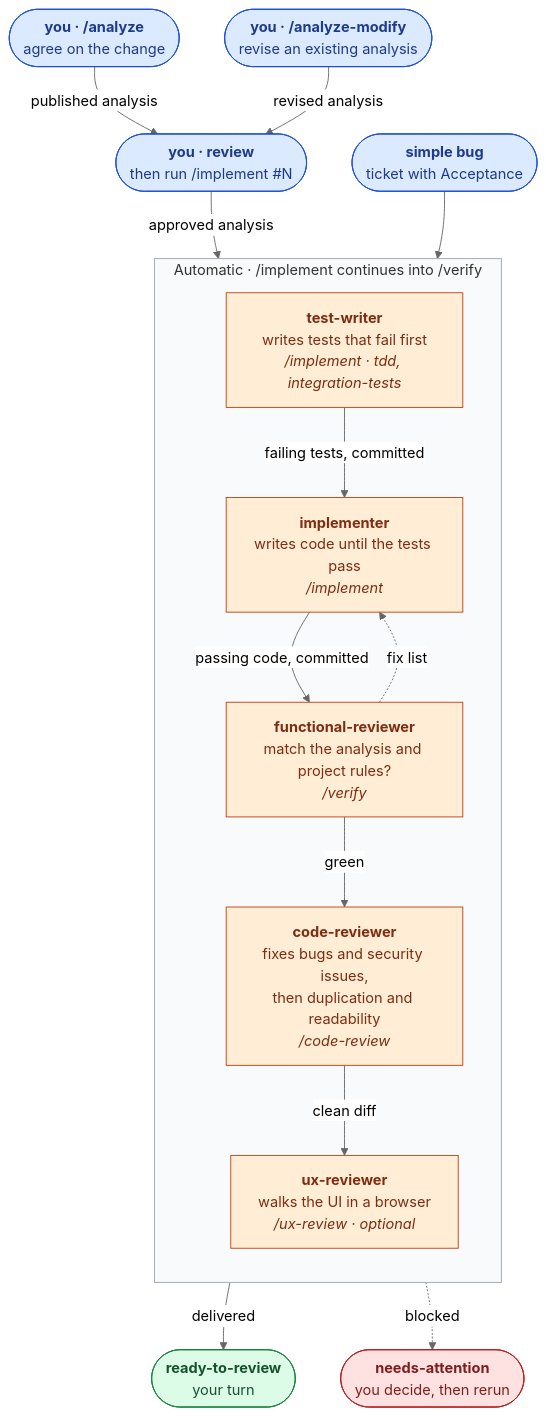
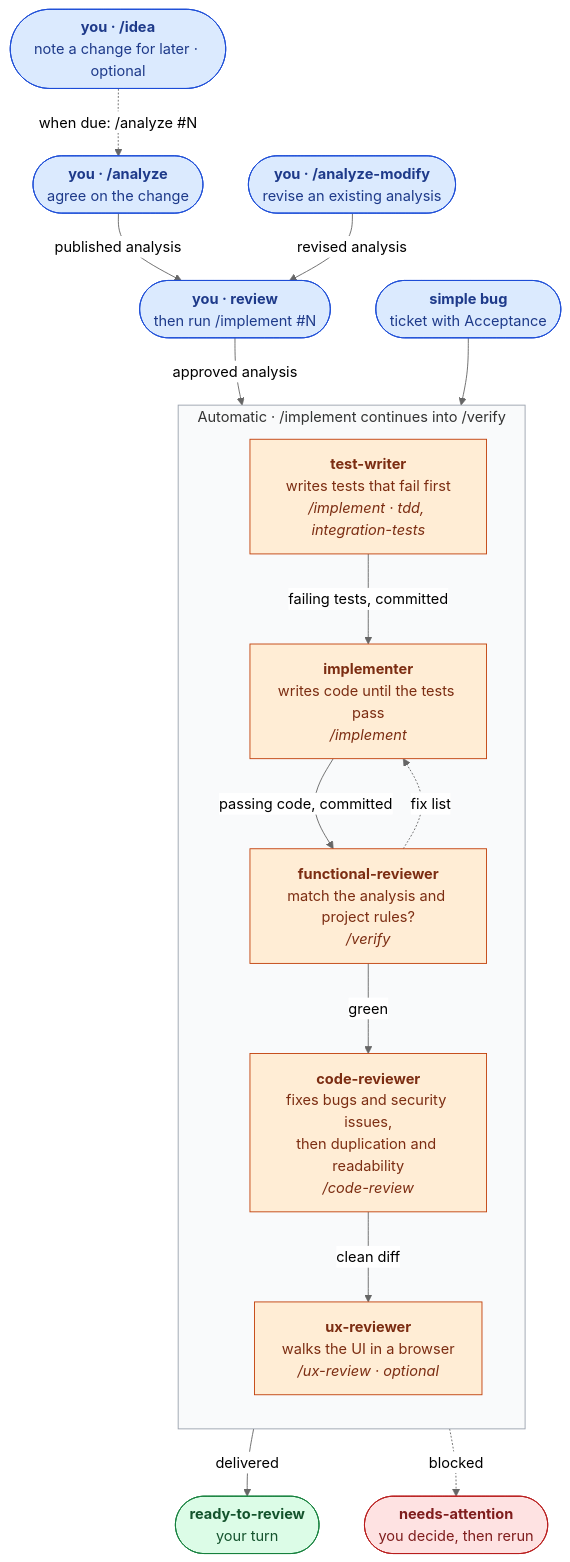
The diagram in README.md (rdurica/enterprise-engineering-skills), drawn with Mermaid (neutral theme) before and after one commit. The commit also changed other lines of this file and 5 other files, not shown here.

````diff
--- a/README.md
+++ b/README.md
@@ -31,41 +31,43 @@
 ```mermaid
 flowchart TD
+    Idea(["<b>you · /idea</b><br/>note a change for later · optional"])
     Analyze(["<b>you · /analyze</b><br/>agree on the change"])
     Review(["<b>you · review</b><br/>then run /implement #N"])
     Bug(["<b>simple bug</b><br/>ticket with Acceptance"])
     Modify(["<b>you · /analyze-modify</b><br/>revise an existing analysis"])
 
     subgraph Auto["Automatic · /implement continues into /verify"]
         direction TB
         testWriter["<b>test-writer</b><br/>writes tests that fail first<br/><i>/implement · tdd, integration-tests</i>"]
         implementer["<b>implementer</b><br/>writes code until the tests pass<br/><i>/implement</i>"]
         functional["<b>functional-reviewer</b><br/>match the analysis and project rules?<br/><i>/verify</i>"]
         codeReview["<b>code-reviewer</b><br/>fixes bugs and security issues,<br/>then duplication and readability<br/><i>/code-review</i>"]
         ux["<b>ux-reviewer</b><br/>walks the UI in a browser<br/><i>/ux-review · optional</i>"]
 
         testWriter -- "failing tests, committed" --> implementer
         implementer -- "passing code, committed" --> functional
         functional -. "fix list" .-> implementer
         functional -- "green" --> codeReview
         codeReview -- "clean diff" --> ux
     end
 
     Ready(["<b>ready-to-review</b><br/>your turn"])
     Attention(["<b>needs-attention</b><br/>you decide, then rerun"])
 
+    Idea -. "when due: /analyze #N" .-> Analyze
     Analyze -- "published analysis" --> Review -- "approved analysis" --> testWriter
     Modify -- "revised analysis" --> Review
     Bug --> testWriter
     ux -- "delivered" --> Ready
     Auto -. "blocked" .-> Attention
 
     classDef human fill:#dbeafe,stroke:#1d4ed8,color:#1e3a8a
     classDef agent fill:#ffedd5,stroke:#c2410c,color:#7c2d12
     classDef ready fill:#dcfce7,stroke:#15803d,color:#14532d
     classDef blocked fill:#fee2e2,stroke:#b91c1c,color:#7f1d1d
-    class Analyze,Review,Bug,Modify human
+    class Idea,Analyze,Review,Bug,Modify human
     class testWriter,implementer,functional,codeReview,ux agent
     class Ready ready
     class Attention blocked
     style Auto fill:#f9fafb,stroke:#9ca3af
 ```
````
